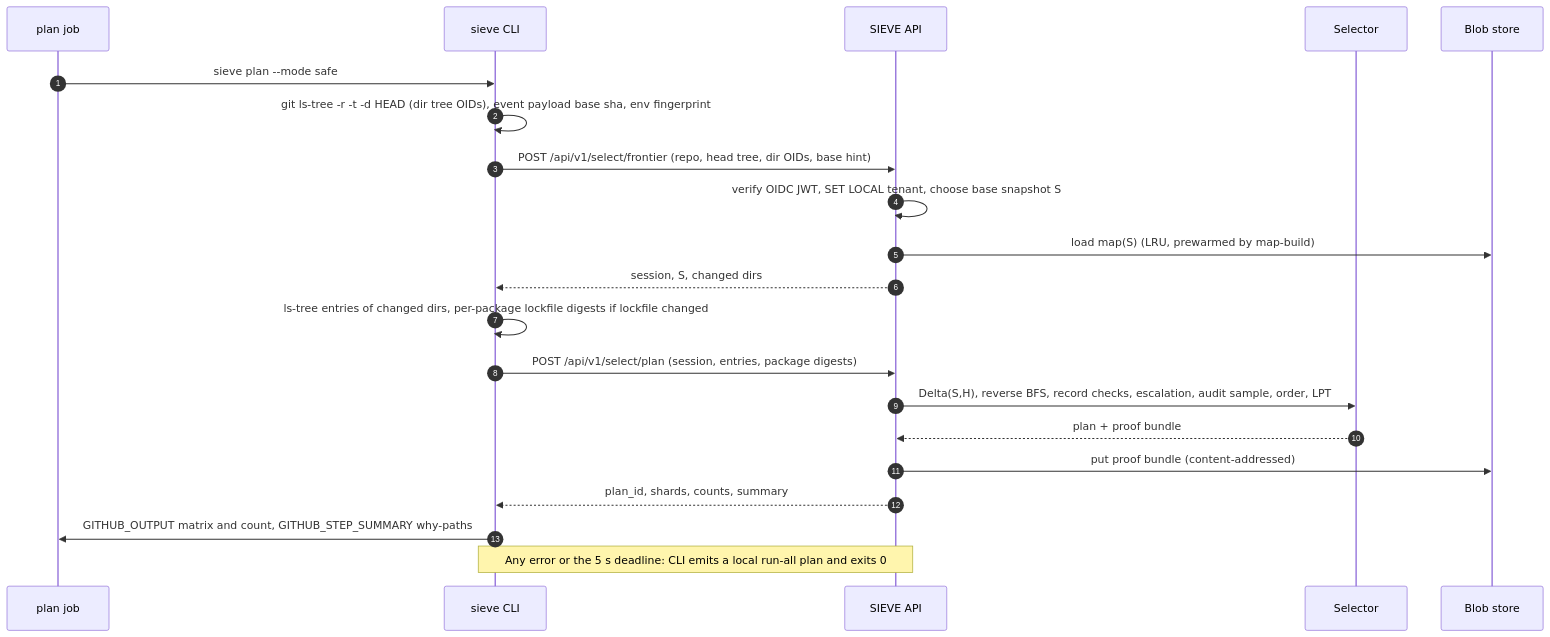
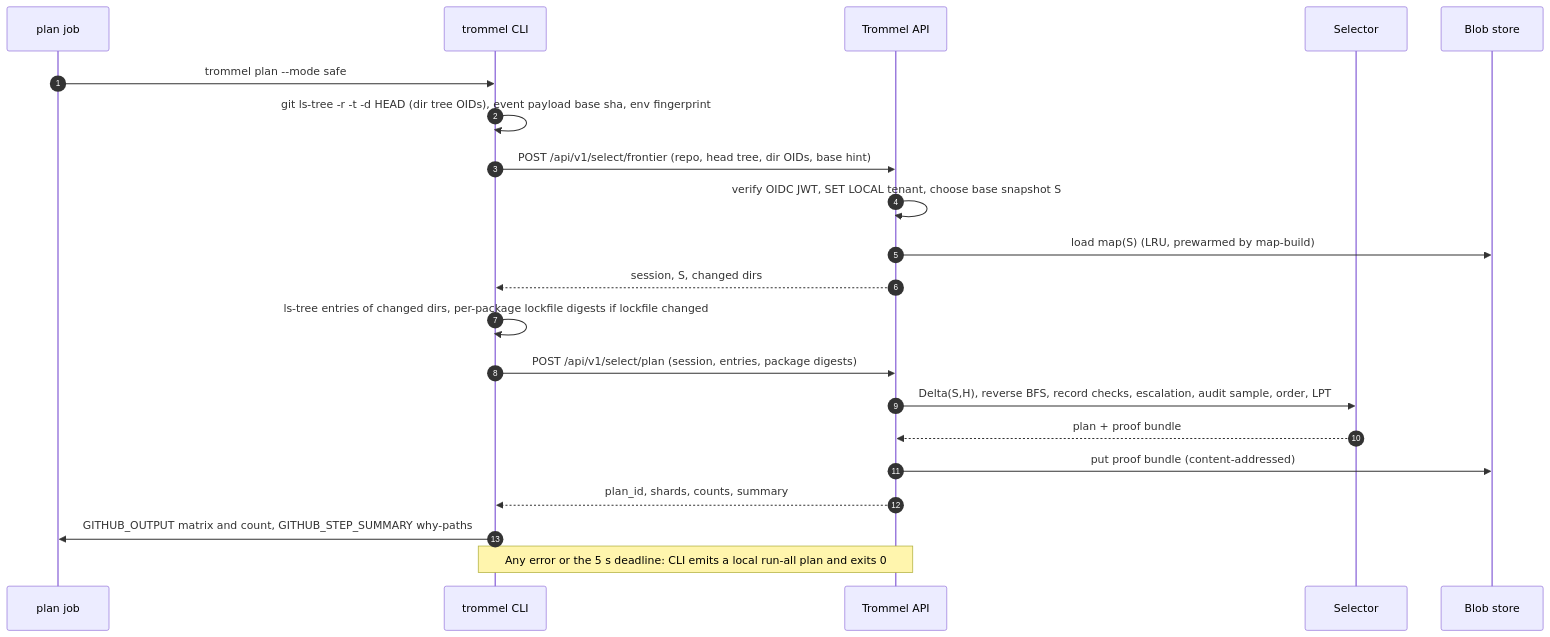
Before and after one commit to ojassug/sieve: the third of 10 diagrams in docs/architecture.md, drawn with Mermaid. The commit also changed other lines of this file and 82 other files, not shown here.

First line of the commit message:
refactor: rename SIEVE to Trommel (DECISIONS 30)

````diff
--- a/docs/architecture.md
+++ b/docs/architecture.md
@@ -184,23 +184,23 @@
 ```mermaid
 sequenceDiagram
   autonumber
   participant J as plan job
-  participant C as sieve CLI
-  participant A as SIEVE API
+  participant C as trommel CLI
+  participant A as Trommel API
   participant S as Selector
   participant B as Blob store
-  J->>C: sieve plan --mode safe
+  J->>C: trommel plan --mode safe
   C->>C: git ls-tree -r -t -d HEAD (dir tree OIDs), event payload base sha, env fingerprint
   C->>A: POST /api/v1/select/frontier (repo, head tree, dir OIDs, base hint)
   A->>A: verify OIDC JWT, SET LOCAL tenant, choose base snapshot S
   A->>B: load map(S) (LRU, prewarmed by map-build)
   A-->>C: session, S, changed dirs
   C->>C: ls-tree entries of changed dirs, per-package lockfile digests if lockfile changed
   C->>A: POST /api/v1/select/plan (session, entries, package digests)
   A->>S: Delta(S,H), reverse BFS, record checks, escalation, audit sample, order, LPT
   S-->>A: plan + proof bundle
   A->>B: put proof bundle (content-addressed)
   A-->>C: plan_id, shards, counts, summary
   C->>J: GITHUB_OUTPUT matrix and count, GITHUB_STEP_SUMMARY why-paths
   Note over C,A: Any error or the 5 s deadline: CLI emits a local run-all plan and exits 0
 ```
````
